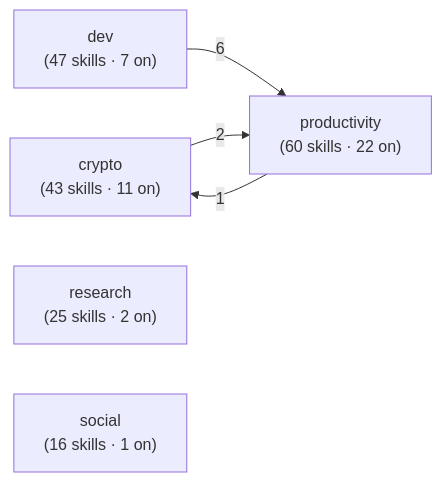
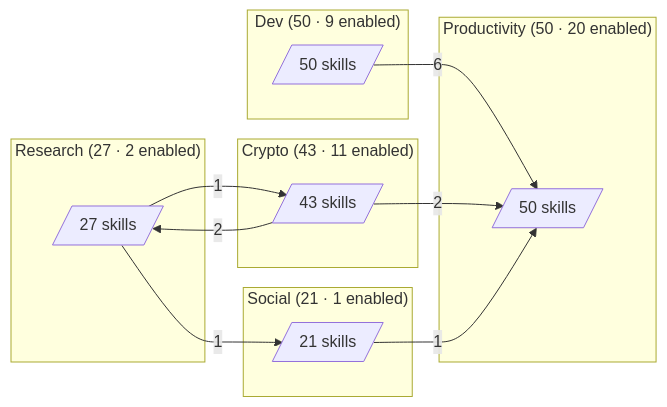
Before and after one commit to anajuliabit/aeon: the first of 7 diagrams in docs/skill-graph.md, drawn with Mermaid. The commit also changed other lines of this file and 4 other files, not shown here.

First line of the commit message:
docs(skill-graph): regenerate map (shared_state 21→27)

````diff
--- a/docs/skill-graph.md
+++ b/docs/skill-graph.md
@@ -22,11 +18,26 @@
 ```mermaid
 flowchart LR
-  crypto["crypto<br/>(43 skills · 11 on)"]
-  dev["dev<br/>(47 skills · 7 on)"]
-  productivity["productivity<br/>(60 skills · 22 on)"]
-  research["research<br/>(25 skills · 2 on)"]
-  social["social<br/>(16 skills · 1 on)"]
-  dev -->|6| productivity
-  crypto -->|2| productivity
-  productivity -->|1| crypto
+    classDef enabled fill:#fff,stroke:#000,stroke-width:2px,color:#000
+    classDef disabled fill:#f5f5f5,stroke:#bbb,color:#888
+    subgraph research["Research (27 · 2 enabled)"]
+      research_hub[/"27 skills"/]
+    end
+    subgraph dev["Dev (50 · 9 enabled)"]
+      dev_hub[/"50 skills"/]
+    end
+    subgraph crypto["Crypto (43 · 11 enabled)"]
+      crypto_hub[/"43 skills"/]
+    end
+    subgraph social["Social (21 · 1 enabled)"]
+      social_hub[/"21 skills"/]
+    end
+    subgraph productivity["Productivity (50 · 20 enabled)"]
+      productivity_hub[/"50 skills"/]
+    end
+    research_hub -->|1| social_hub
+    dev_hub -->|6| productivity_hub
+    research_hub -->|1| crypto_hub
+    crypto_hub -->|2| productivity_hub
+    social_hub -->|1| productivity_hub
+    crypto_hub -->|2| research_hub
 ```
````
